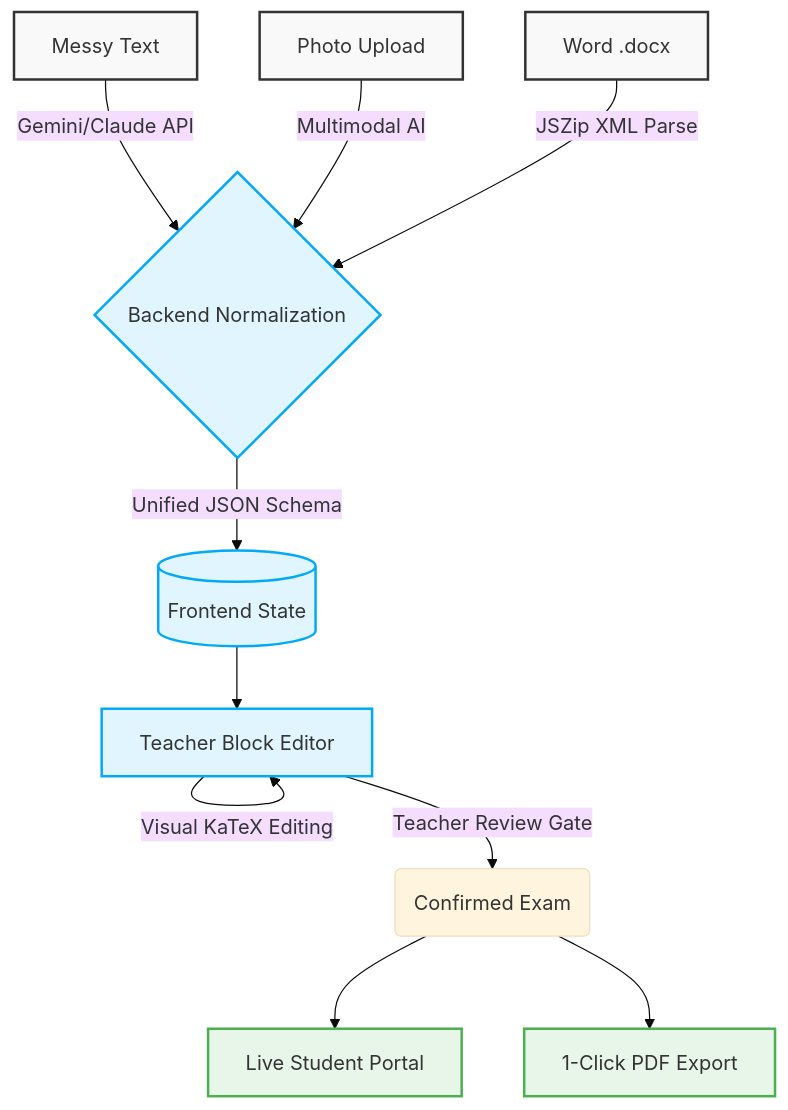
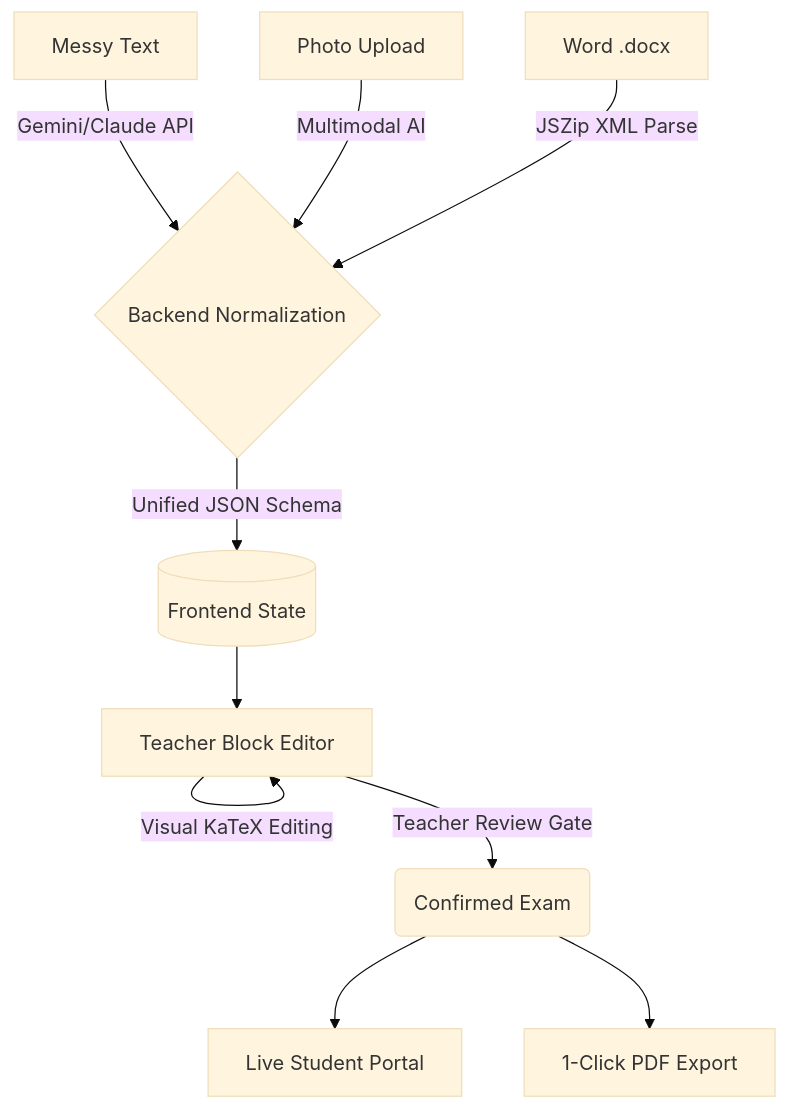
The diagram in README.md (Sayanthegamer/dlp-testing), drawn with Mermaid (base theme) before and after one commit. The commit also changed other lines of this file, not shown here.

Commit message:
docs: update README.md diagram and remove GIF section

````diff
--- a/README.md
+++ b/README.md
@@ -64,27 +51,12 @@
 ```mermaid
 graph TD
-    %% Inputs
     A1[Messy Text] -->|Gemini/Claude API| C{Backend Normalization}
     A2[Photo Upload] -->|Multimodal AI| C
     A3[Word .docx] -->|JSZip XML Parse| C
-
-    %% Backend
     C -->|Unified JSON Schema| D[(Frontend State)]
-
-    %% Frontend
     D --> E[Teacher Block Editor]
     E -->|Visual KaTeX Editing| E
     E -->|Teacher Review Gate| F(Confirmed Exam)
-
-    %% Outputs
     F --> G[Live Student Portal]
     F --> H[1-Click PDF Export]
-
-    classDef input fill:#f9f9f9,stroke:#333,stroke-width:2px;
-    classDef processing fill:#e1f5fe,stroke:#03a9f4,stroke-width:2px;
-    classDef output fill:#e8f5e9,stroke:#4caf50,stroke-width:2px;
-
-    class A1,A2,A3 input;
-    class C,D,E processing;
-    class G,H output;
 ```
````
